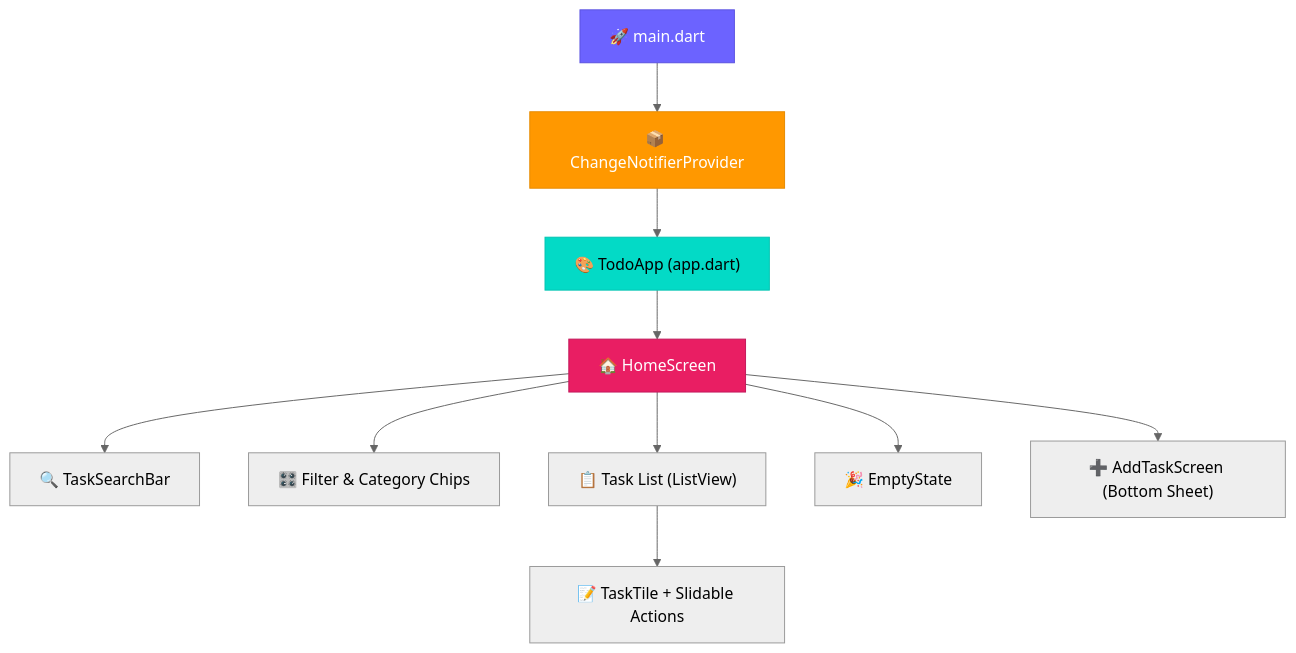
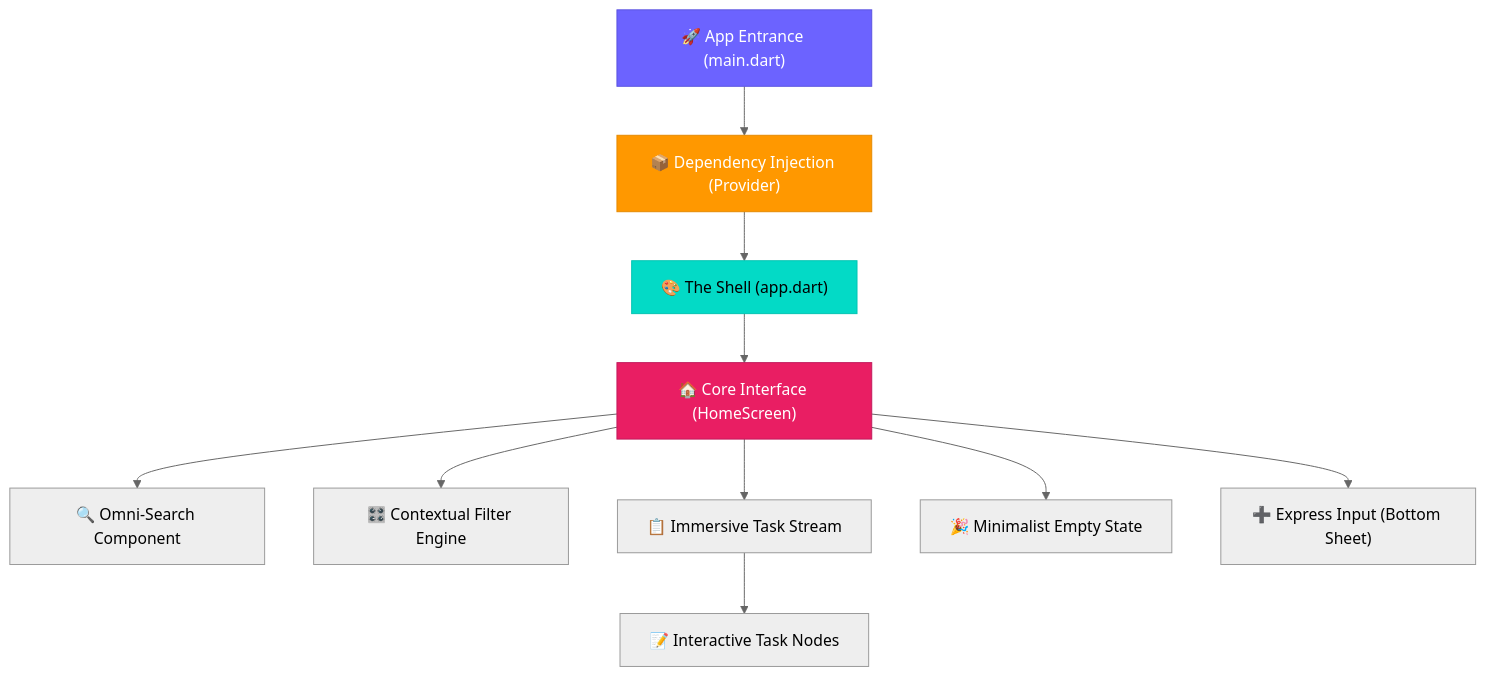
Before and after one commit to EngYahia25/Simple_to-do_Lisy: the first of 3 diagrams in README.md, drawn with Mermaid (neutral theme). The commit also changed other lines of this file, not shown here.

Commit message:
💎 Elevate README with premium product copy and minimalist aesthetic

````diff
--- a/README.md
+++ b/README.md
@@ -45,17 +46,17 @@
 ```mermaid
 graph TD
-    A["🚀 main.dart"] --> B["📦 ChangeNotifierProvider"]
-    B --> C["🎨 TodoApp (app.dart)"]
-    C --> D["🏠 HomeScreen"]
-    D --> E["🔍 TaskSearchBar"]
-    D --> F["🎛️ Filter & Category Chips"]
-    D --> G["📋 Task List (ListView)"]
-    D --> H["🎉 EmptyState"]
-    D --> I["➕ AddTaskScreen (Bottom Sheet)"]
-    G --> J["📝 TaskTile + Slidable Actions"]
+    A["🚀 App Entrance (main.dart)"] --> B["📦 Dependency Injection (Provider)"]
+    B --> C["🎨 The Shell (app.dart)"]
+    C --> D["🏠 Core Interface (HomeScreen)"]
+    D --> E["🔍 Omni-Search Component"]
+    D --> F["🎛️ Contextual Filter Engine"]
+    D --> G["📋 Immersive Task Stream"]
+    D --> H["🎉 Minimalist Empty State"]
+    D --> I["➕ Express Input (Bottom Sheet)"]
+    G --> J["📝 Interactive Task Nodes"]
 
     style A fill:#6C63FF,color:#fff,stroke:#5a52e0
     style B fill:#FF9800,color:#fff,stroke:#e68a00
     style C fill:#03DAC6,color:#000,stroke:#02c4b2
     style D fill:#E91E63,color:#fff,stroke:#c2185b
 ```
````
